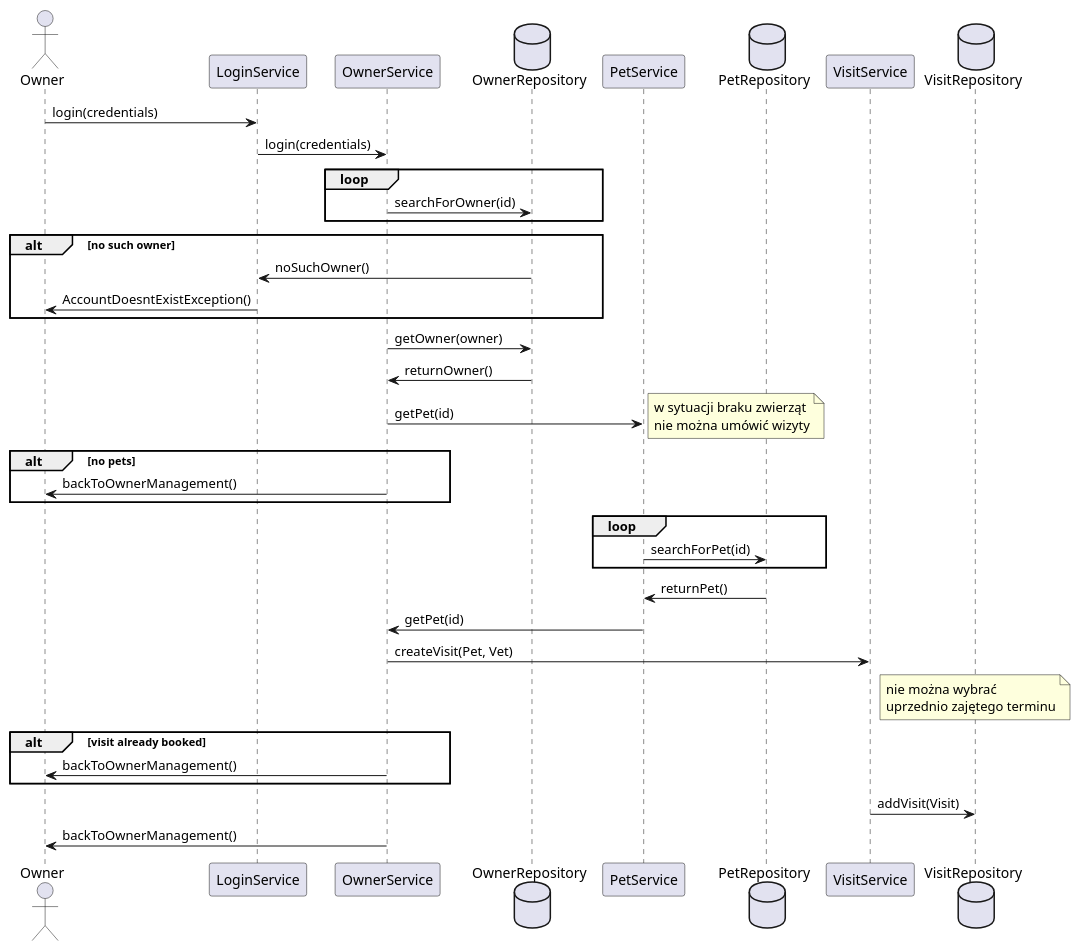
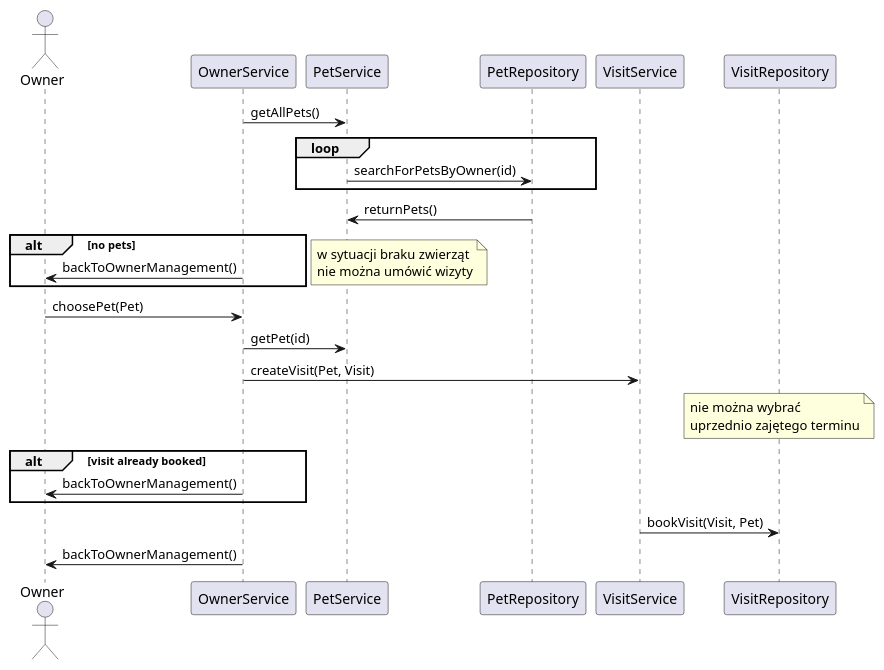
The diagram in sequence2.plantuml (Serionus/softwareEngineeringPetClinic), drawn with PlantUML before and after one commit. The commit also changed 6 other files, not shown here.

Commit message:
methods in visit service - retreiving visits

```diff
--- a/sequence2.plantuml
+++ b/sequence2.plantuml
@@ -1,62 +1,46 @@
 @startuml Sequence2 Make An Appointment
 
 actor Owner
-participant LoginService
 participant OwnerService
-database OwnerRepository
 
 participant PetService
-database PetRepository
+participant PetRepository
 
 participant VisitService
-database VisitRepository
+participant VisitRepository
 
 
-Owner -> LoginService : login(credentials) 
-LoginService -> OwnerService : login(credentials)
+OwnerService -> PetService : getAllPets()
 
-loop    
-    OwnerService -> OwnerRepository : searchForOwner(id)
+loop
+    PetService -> PetRepository : searchForPetsByOwner(id)
 end
 
-alt no such owner
-    OwnerRepository -> LoginService: noSuchOwner()
-    Owner <- LoginService : AccountDoesntExistException()
+PetRepository -> PetService : returnPets()
+
+alt no pets
+    OwnerService -> Owner : backToOwnerManagement()
 end
-
-OwnerService -> OwnerRepository : getOwner(owner)
-OwnerRepository -> OwnerService : returnOwner()
-
-OwnerService -> PetService : getPet(id)
 
 note right
 w sytuacji braku zwierząt 
 nie można umówić wizyty
 end note
 
-alt no pets
-    OwnerService -> Owner : backToOwnerManagement()
-end
+Owner -> OwnerService : choosePet(Pet)
+OwnerService -> PetService : getPet(id)
 
-loop
-    PetService -> PetRepository : searchForPet(id)
-end
-
-PetRepository -> PetService : returnPet()
-PetService -> OwnerService : getPet(id)
-
-
-OwnerService -> VisitService : createVisit(Pet, Vet)
+OwnerService -> VisitService : createVisit(Pet, Visit)
 
 note over VisitRepository
 nie można wybrać 
 uprzednio zajętego terminu
 end note
 alt visit already booked
     OwnerService -> Owner : backToOwnerManagement()
 end
 
-VisitService -> VisitRepository : addVisit(Visit)
+VisitService -> VisitRepository : bookVisit(Visit, Pet)
 OwnerService -> Owner : backToOwnerManagement()
 
 @enduml
```
